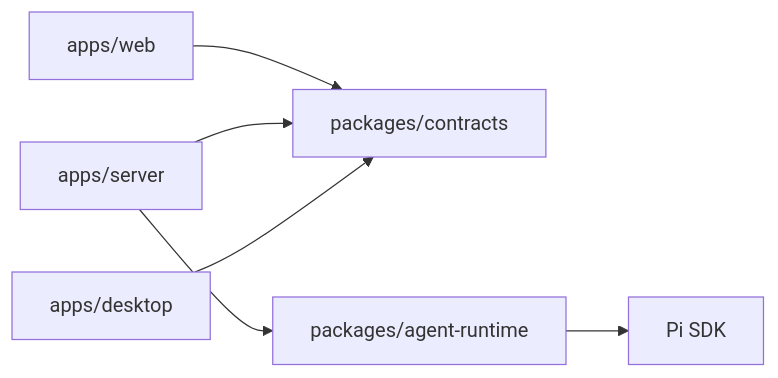
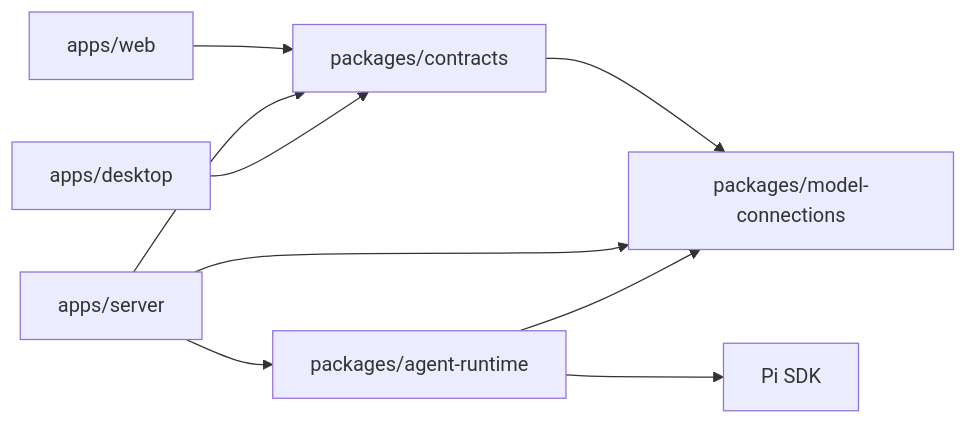
The first of 2 diagrams in docs/architecture.md (gongshuiwen/learn-electron), drawn with Mermaid before and after one commit. The commit also changed other lines of this file and 71 other files, not shown here.

````diff
--- a/docs/architecture.md
+++ b/docs/architecture.md
@@ -7,8 +7,11 @@
 ```mermaid
 flowchart LR
   Web[apps/web] --> Contracts[packages/contracts]
   Server[apps/server] --> Contracts
   Server --> Runtime[packages/agent-runtime]
   Desktop[apps/desktop] --> Contracts
+  Contracts --> Connections[packages/model-connections]
+  Server --> Connections
+  Runtime --> Connections
   Runtime --> Pi[Pi SDK]
 ```
````
